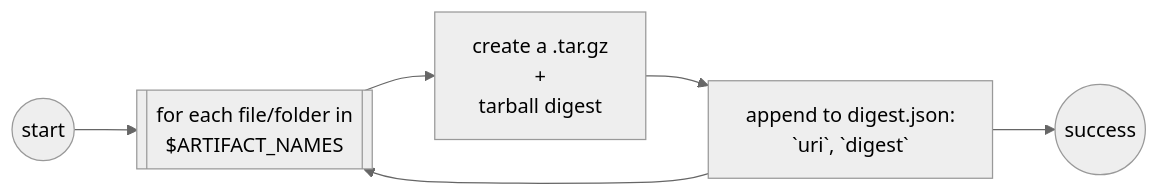
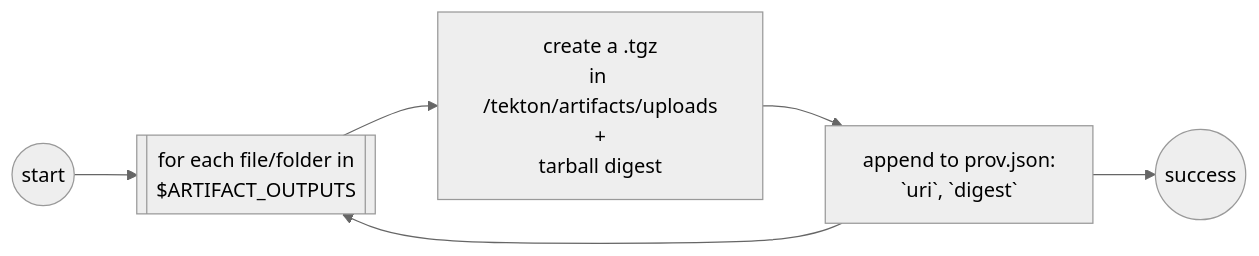
The third of 3 diagrams in teps/0139-trusted-artifacts.md (tektoncd/community), drawn with Mermaid (neutral theme) before and after one commit. The commit also changed other lines of this file, not shown here.

Commit message:
Update the digest step details and add the upload

````diff
--- a/teps/0139-trusted-artifacts.md
+++ b/teps/0139-trusted-artifacts.md
@@ -460,8 +460,8 @@
 ```mermaid
 flowchart LR
   start(( start )) --> loop
-  loop[[for each file/folder in\n $ARTIFACT_NAMES]] --> tarball[create a .tar.gz\n+\ntarball digest]
-  tarball --> meta[append to digest.json:\n`uri`, `digest`]
+  loop[[for each file/folder in\n $ARTIFACT_OUTPUTS]] --> tarball[create a .tgz\nin /tekton/artifacts/uploads\n+\ntarball digest]
+  tarball --> meta[append to prov.json:\n`uri`, `digest`]
   meta --> loop
   meta --> done(( success ))
 ```
````
